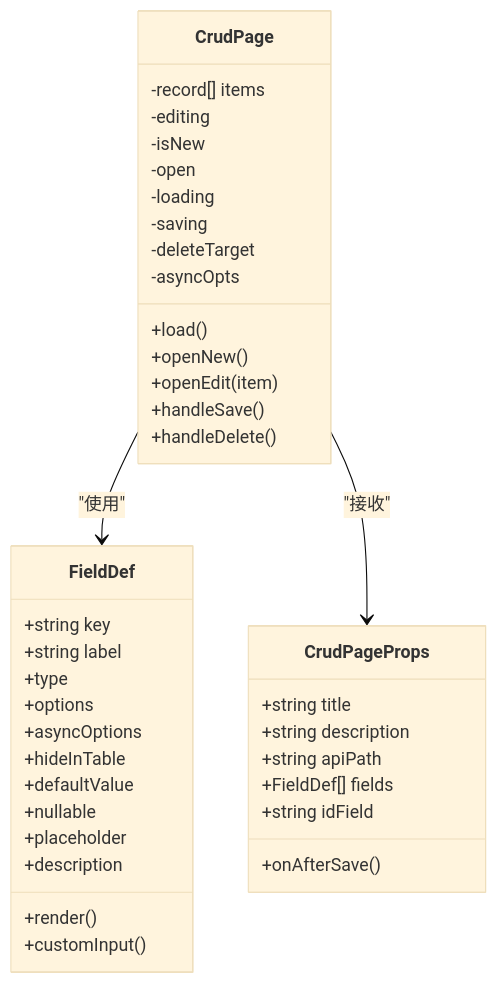
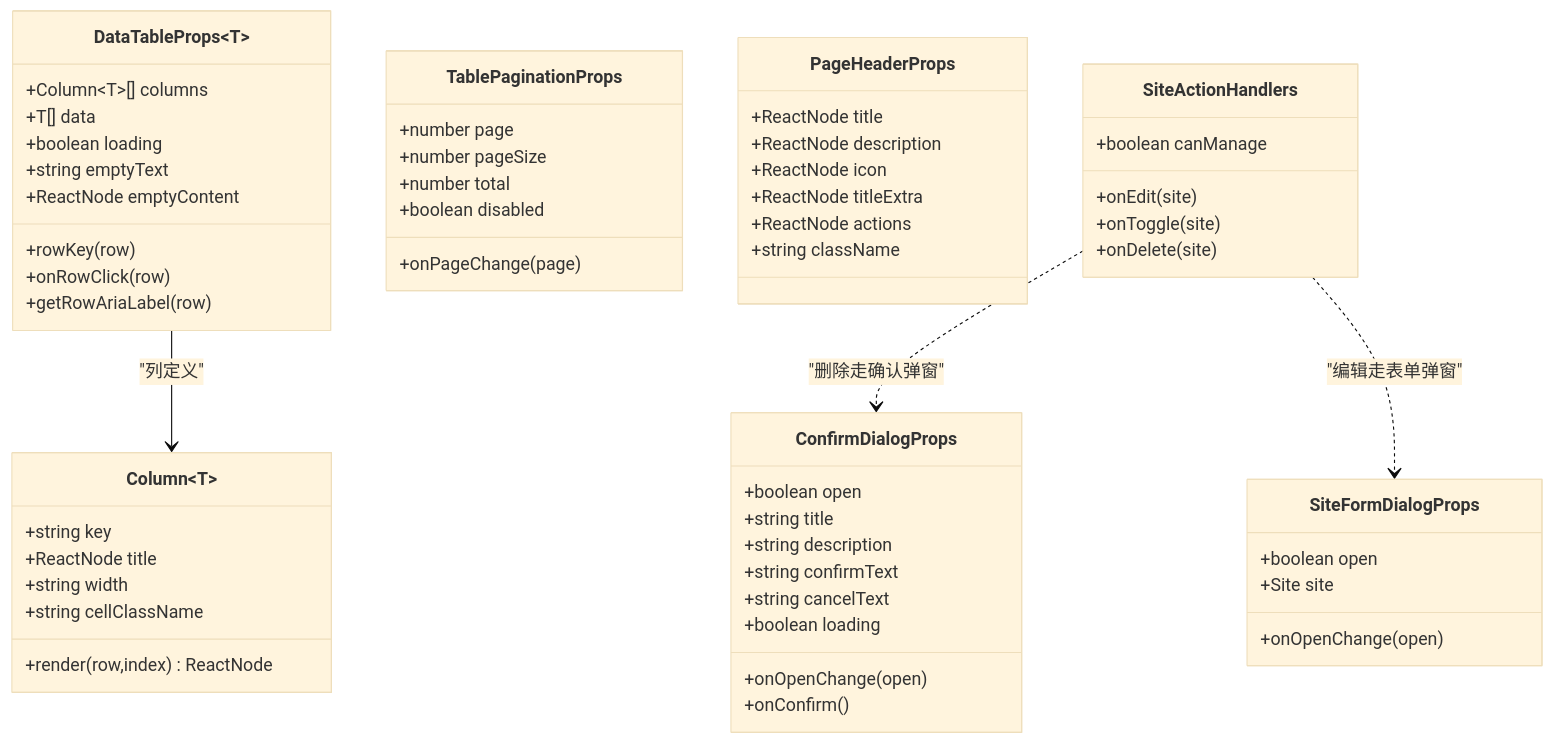
Before and after one commit to x01n/My-OpenWaf: the second of 6 diagrams in docs/前端管理界面/组件设计模式/组件设计模式.md, drawn with Mermaid (base theme). The commit also changed other lines of this file and 622 other files, not shown here.

````diff
--- a/docs/前端管理界面/组件设计模式/组件设计模式.md
+++ b/docs/前端管理界面/组件设计模式/组件设计模式.md
@@ -148,42 +254,59 @@
 ```mermaid
 classDiagram
-class FieldDef {
-+string key
-+string label
-+type
-+options
-+asyncOptions
-+hideInTable
-+defaultValue
-+nullable
-+placeholder
-+description
-+render()
-+customInput()
-}
-class CrudPageProps {
-+string title
-+string description
-+string apiPath
-+FieldDef[] fields
-+string idField
-+onAfterSave()
-}
-class CrudPage {
--record[] items
--editing
--isNew
--open
--loading
--saving
--deleteTarget
--asyncOpts
-+load()
-+openNew()
-+openEdit(item)
-+handleSave()
-+handleDelete()
-}
-CrudPage --> FieldDef : "使用"
-CrudPage --> CrudPageProps : "接收"
+  class Column~T~ {
+    +string key
+    +ReactNode title
+    +string width
+    +string cellClassName
+    +render(row,index) ReactNode
+  }
+  class DataTableProps~T~ {
+    +Column~T~[] columns
+    +T[] data
+    +boolean loading
+    +rowKey(row)
+    +string emptyText
+    +ReactNode emptyContent
+    +onRowClick(row)
+    +getRowAriaLabel(row)
+  }
+  class TablePaginationProps {
+    +number page
+    +number pageSize
+    +number total
+    +boolean disabled
+    +onPageChange(page)
+  }
+  class ConfirmDialogProps {
+    +boolean open
+    +onOpenChange(open)
+    +string title
+    +string description
+    +string confirmText
+    +string cancelText
+    +onConfirm()
+    +boolean loading
+  }
+  class SiteFormDialogProps {
+    +boolean open
+    +onOpenChange(open)
+    +Site site
+  }
+  class PageHeaderProps {
+    +ReactNode title
+    +ReactNode description
+    +ReactNode icon
+    +ReactNode titleExtra
+    +ReactNode actions
+    +string className
+  }
+  DataTableProps --> Column : "列定义"
+  class SiteActionHandlers {
+    +boolean canManage
+    +onEdit(site)
+    +onToggle(site)
+    +onDelete(site)
+  }
+  SiteActionHandlers ..> ConfirmDialogProps : "删除走确认弹窗"
+  SiteActionHandlers ..> SiteFormDialogProps : "编辑走表单弹窗"
 ```
````
